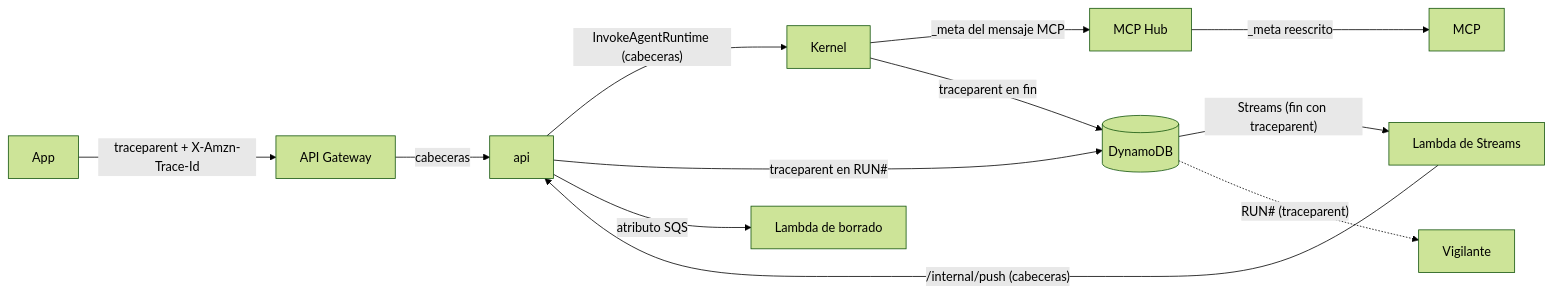
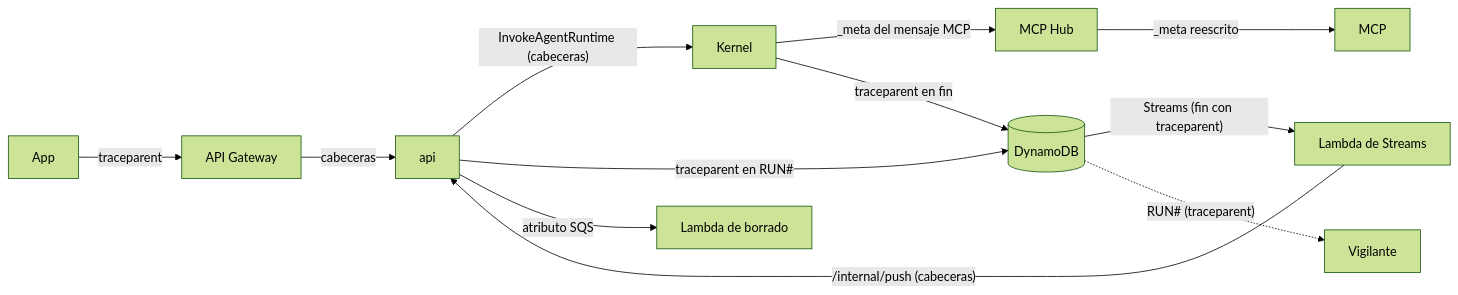
The tenth of 10 diagrams in docs/arquitectura-agentes.md (ikermendi/sample-agent-platform-with-agentcore), drawn with Mermaid (forest theme) before and after one commit. The commit also changed other lines of this file and 5 other files, not shown here.

Commit message:
docs: trazas solo con traceparent desde la app: API Gateway fuera de la traza, api lee solo W3C y pasa los dos formatos a AgentCore, el autorizador escribe el trace_id en su log; la prueba de la app sin el propagador de X-Ray

````diff
--- a/docs/arquitectura-agentes.md
+++ b/docs/arquitectura-agentes.md
@@ -1275,13 +1275,13 @@
 ```mermaid
 flowchart LR
-  App -- "traceparent + X-Amzn-Trace-Id" --> GW[API Gateway]
+  App -- "traceparent" --> GW[API Gateway]
   GW -- cabeceras --> API[api]
   API -- "InvokeAgentRuntime (cabeceras)" --> K[Kernel]
   K -- "_meta del mensaje MCP" --> H[MCP Hub] -- "_meta reescrito" --> M[MCP]
   API -- "traceparent en RUN#" --> D[(DynamoDB)]
   K -- "traceparent en fin" --> D
   D -- "Streams (fin con traceparent)" --> S[Lambda de Streams]
   S -- "/internal/push (cabeceras)" --> API
   D -. "RUN# (traceparent)" .-> V[Vigilante]
   API -- "atributo SQS" --> B[Lambda de borrado]
 ```
````
